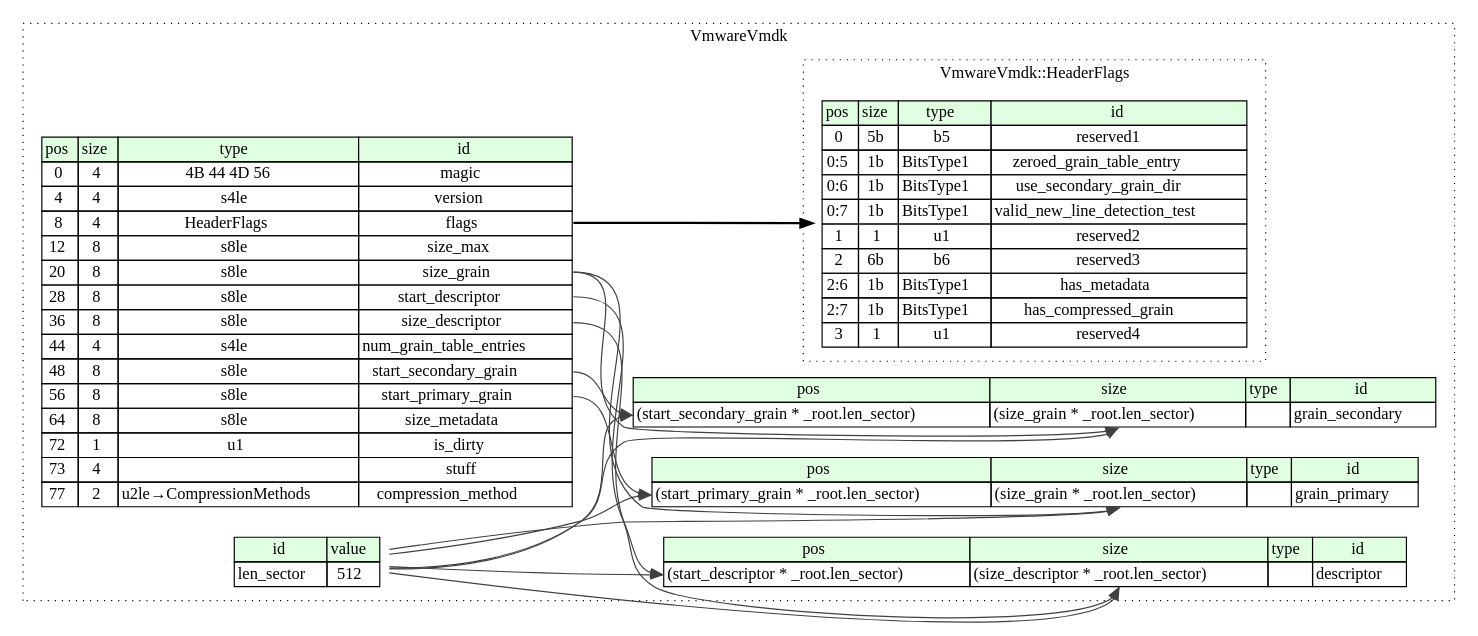
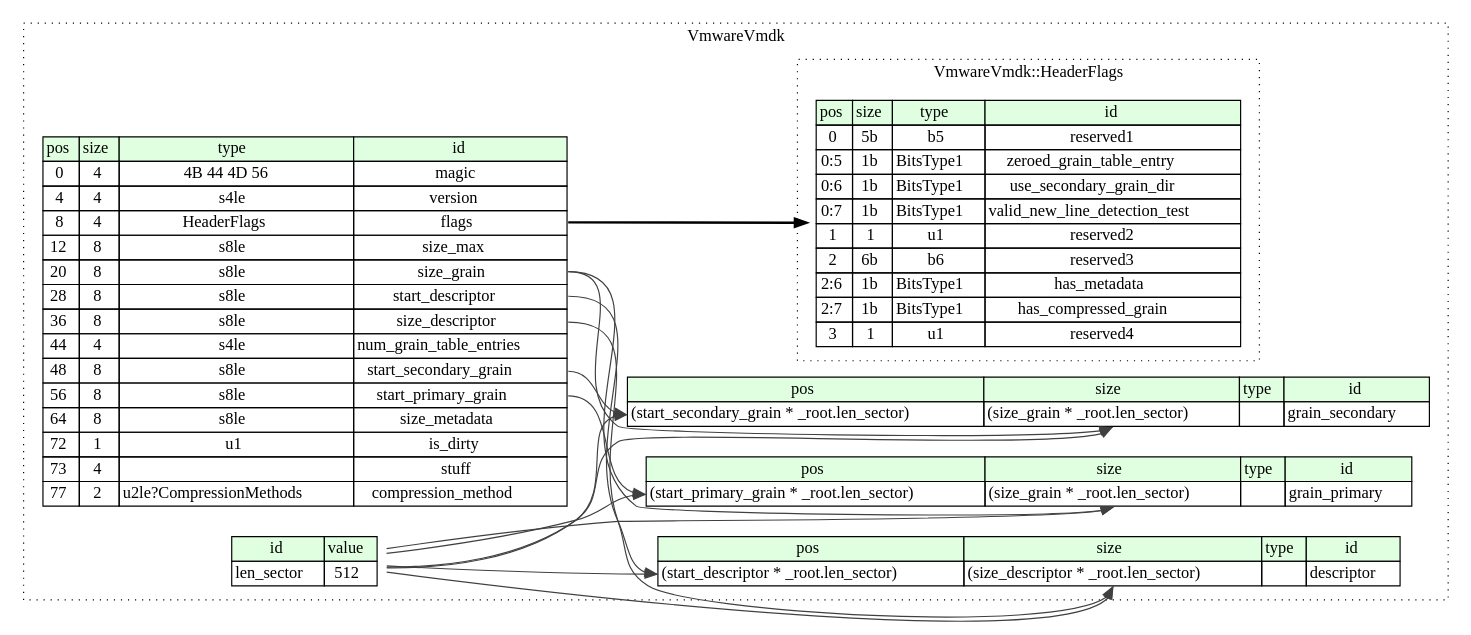
One commit to kaitai-io/formats-kaitai-io.github.io changed the diagram in vmware_vmdk/src/graphviz/vmware_vmdk.dot. Above: the diagram before and after it, drawn with Graphviz. The commit also changed 589 other files, not shown here.

```diff
--- a/vmware_vmdk/src/graphviz/vmware_vmdk.dot
+++ b/vmware_vmdk/src/graphviz/vmware_vmdk.dot
@@ -1,72 +1,72 @@
 digraph {
 	rankdir=LR;
 	node [shape=plaintext];
 	subgraph cluster__vmware_vmdk {
 		label="VmwareVmdk";
 		graph[style=dotted];
 
 		vmware_vmdk__seq [label=<<TABLE BORDER="0" CELLBORDER="1" CELLSPACING="0">
 			<TR><TD BGCOLOR="#E0FFE0">pos</TD><TD BGCOLOR="#E0FFE0">size</TD><TD BGCOLOR="#E0FFE0">type</TD><TD BGCOLOR="#E0FFE0">id</TD></TR>
 			<TR><TD PORT="magic_pos">0</TD><TD PORT="magic_size">4</TD><TD>4B 44 4D 56</TD><TD PORT="magic_type">magic</TD></TR>
 			<TR><TD PORT="version_pos">4</TD><TD PORT="version_size">4</TD><TD>s4le</TD><TD PORT="version_type">version</TD></TR>
 			<TR><TD PORT="flags_pos">8</TD><TD PORT="flags_size">4</TD><TD>HeaderFlags</TD><TD PORT="flags_type">flags</TD></TR>
 			<TR><TD PORT="size_max_pos">12</TD><TD PORT="size_max_size">8</TD><TD>s8le</TD><TD PORT="size_max_type">size_max</TD></TR>
 			<TR><TD PORT="size_grain_pos">20</TD><TD PORT="size_grain_size">8</TD><TD>s8le</TD><TD PORT="size_grain_type">size_grain</TD></TR>
 			<TR><TD PORT="start_descriptor_pos">28</TD><TD PORT="start_descriptor_size">8</TD><TD>s8le</TD><TD PORT="start_descriptor_type">start_descriptor</TD></TR>
 			<TR><TD PORT="size_descriptor_pos">36</TD><TD PORT="size_descriptor_size">8</TD><TD>s8le</TD><TD PORT="size_descriptor_type">size_descriptor</TD></TR>
 			<TR><TD PORT="num_grain_table_entries_pos">44</TD><TD PORT="num_grain_table_entries_size">4</TD><TD>s4le</TD><TD PORT="num_grain_table_entries_type">num_grain_table_entries</TD></TR>
 			<TR><TD PORT="start_secondary_grain_pos">48</TD><TD PORT="start_secondary_grain_size">8</TD><TD>s8le</TD><TD PORT="start_secondary_grain_type">start_secondary_grain</TD></TR>
 			<TR><TD PORT="start_primary_grain_pos">56</TD><TD PORT="start_primary_grain_size">8</TD><TD>s8le</TD><TD PORT="start_primary_grain_type">start_primary_grain</TD></TR>
 			<TR><TD PORT="size_metadata_pos">64</TD><TD PORT="size_metadata_size">8</TD><TD>s8le</TD><TD PORT="size_metadata_type">size_metadata</TD></TR>
 			<TR><TD PORT="is_dirty_pos">72</TD><TD PORT="is_dirty_size">1</TD><TD>u1</TD><TD PORT="is_dirty_type">is_dirty</TD></TR>
 			<TR><TD PORT="stuff_pos">73</TD><TD PORT="stuff_size">4</TD><TD></TD><TD PORT="stuff_type">stuff</TD></TR>
-			<TR><TD PORT="compression_method_pos">77</TD><TD PORT="compression_method_size">2</TD><TD>u2le→CompressionMethods</TD><TD PORT="compression_method_type">compression_method</TD></TR>
+			<TR><TD PORT="compression_method_pos">77</TD><TD PORT="compression_method_size">2</TD><TD>u2le?CompressionMethods</TD><TD PORT="compression_method_type">compression_method</TD></TR>
 		</TABLE>>];
 		vmware_vmdk__inst__len_sector [label=<<TABLE BORDER="0" CELLBORDER="1" CELLSPACING="0">
 			<TR><TD BGCOLOR="#E0FFE0">id</TD><TD BGCOLOR="#E0FFE0">value</TD></TR>
 			<TR><TD>len_sector</TD><TD>512</TD></TR>
 		</TABLE>>];
 		vmware_vmdk__inst__descriptor [label=<<TABLE BORDER="0" CELLBORDER="1" CELLSPACING="0">
 			<TR><TD BGCOLOR="#E0FFE0">pos</TD><TD BGCOLOR="#E0FFE0">size</TD><TD BGCOLOR="#E0FFE0">type</TD><TD BGCOLOR="#E0FFE0">id</TD></TR>
 			<TR><TD PORT="descriptor_pos">(start_descriptor * _root.len_sector)</TD><TD PORT="descriptor_size">(size_descriptor * _root.len_sector)</TD><TD></TD><TD PORT="descriptor_type">descriptor</TD></TR>
 		</TABLE>>];
 		vmware_vmdk__inst__grain_primary [label=<<TABLE BORDER="0" CELLBORDER="1" CELLSPACING="0">
 			<TR><TD BGCOLOR="#E0FFE0">pos</TD><TD BGCOLOR="#E0FFE0">size</TD><TD BGCOLOR="#E0FFE0">type</TD><TD BGCOLOR="#E0FFE0">id</TD></TR>
 			<TR><TD PORT="grain_primary_pos">(start_primary_grain * _root.len_sector)</TD><TD PORT="grain_primary_size">(size_grain * _root.len_sector)</TD><TD></TD><TD PORT="grain_primary_type">grain_primary</TD></TR>
 		</TABLE>>];
 		vmware_vmdk__inst__grain_secondary [label=<<TABLE BORDER="0" CELLBORDER="1" CELLSPACING="0">
 			<TR><TD BGCOLOR="#E0FFE0">pos</TD><TD BGCOLOR="#E0FFE0">size</TD><TD BGCOLOR="#E0FFE0">type</TD><TD BGCOLOR="#E0FFE0">id</TD></TR>
 			<TR><TD PORT="grain_secondary_pos">(start_secondary_grain * _root.len_sector)</TD><TD PORT="grain_secondary_size">(size_grain * _root.len_sector)</TD><TD></TD><TD PORT="grain_secondary_type">grain_secondary</TD></TR>
 		</TABLE>>];
 		subgraph cluster__header_flags {
 			label="VmwareVmdk::HeaderFlags";
 			graph[style=dotted];
 
 			header_flags__seq [label=<<TABLE BORDER="0" CELLBORDER="1" CELLSPACING="0">
 				<TR><TD BGCOLOR="#E0FFE0">pos</TD><TD BGCOLOR="#E0FFE0">size</TD><TD BGCOLOR="#E0FFE0">type</TD><TD BGCOLOR="#E0FFE0">id</TD></TR>
 				<TR><TD PORT="reserved1_pos">0</TD><TD PORT="reserved1_size">5b</TD><TD>b5</TD><TD PORT="reserved1_type">reserved1</TD></TR>
 				<TR><TD PORT="zeroed_grain_table_entry_pos">0:5</TD><TD PORT="zeroed_grain_table_entry_size">1b</TD><TD>BitsType1</TD><TD PORT="zeroed_grain_table_entry_type">zeroed_grain_table_entry</TD></TR>
 				<TR><TD PORT="use_secondary_grain_dir_pos">0:6</TD><TD PORT="use_secondary_grain_dir_size">1b</TD><TD>BitsType1</TD><TD PORT="use_secondary_grain_dir_type">use_secondary_grain_dir</TD></TR>
 				<TR><TD PORT="valid_new_line_detection_test_pos">0:7</TD><TD PORT="valid_new_line_detection_test_size">1b</TD><TD>BitsType1</TD><TD PORT="valid_new_line_detection_test_type">valid_new_line_detection_test</TD></TR>
 				<TR><TD PORT="reserved2_pos">1</TD><TD PORT="reserved2_size">1</TD><TD>u1</TD><TD PORT="reserved2_type">reserved2</TD></TR>
 				<TR><TD PORT="reserved3_pos">2</TD><TD PORT="reserved3_size">6b</TD><TD>b6</TD><TD PORT="reserved3_type">reserved3</TD></TR>
 				<TR><TD PORT="has_metadata_pos">2:6</TD><TD PORT="has_metadata_size">1b</TD><TD>BitsType1</TD><TD PORT="has_metadata_type">has_metadata</TD></TR>
 				<TR><TD PORT="has_compressed_grain_pos">2:7</TD><TD PORT="has_compressed_grain_size">1b</TD><TD>BitsType1</TD><TD PORT="has_compressed_grain_type">has_compressed_grain</TD></TR>
 				<TR><TD PORT="reserved4_pos">3</TD><TD PORT="reserved4_size">1</TD><TD>u1</TD><TD PORT="reserved4_type">reserved4</TD></TR>
 			</TABLE>>];
 		}
 	}
 	vmware_vmdk__seq:flags_type -> header_flags__seq [style=bold];
 	vmware_vmdk__seq:start_descriptor_type -> vmware_vmdk__inst__descriptor:descriptor_pos [color="#404040"];
 	vmware_vmdk__inst__len_sector:len_sector_type -> vmware_vmdk__inst__descriptor:descriptor_pos [color="#404040"];
 	vmware_vmdk__seq:size_descriptor_type -> vmware_vmdk__inst__descriptor:descriptor_size [color="#404040"];
 	vmware_vmdk__inst__len_sector:len_sector_type -> vmware_vmdk__inst__descriptor:descriptor_size [color="#404040"];
 	vmware_vmdk__seq:start_primary_grain_type -> vmware_vmdk__inst__grain_primary:grain_primary_pos [color="#404040"];
 	vmware_vmdk__inst__len_sector:len_sector_type -> vmware_vmdk__inst__grain_primary:grain_primary_pos [color="#404040"];
 	vmware_vmdk__seq:size_grain_type -> vmware_vmdk__inst__grain_primary:grain_primary_size [color="#404040"];
 	vmware_vmdk__inst__len_sector:len_sector_type -> vmware_vmdk__inst__grain_primary:grain_primary_size [color="#404040"];
 	vmware_vmdk__seq:start_secondary_grain_type -> vmware_vmdk__inst__grain_secondary:grain_secondary_pos [color="#404040"];
 	vmware_vmdk__inst__len_sector:len_sector_type -> vmware_vmdk__inst__grain_secondary:grain_secondary_pos [color="#404040"];
 	vmware_vmdk__seq:size_grain_type -> vmware_vmdk__inst__grain_secondary:grain_secondary_size [color="#404040"];
 	vmware_vmdk__inst__len_sector:len_sector_type -> vmware_vmdk__inst__grain_secondary:grain_secondary_size [color="#404040"];
 }
```
